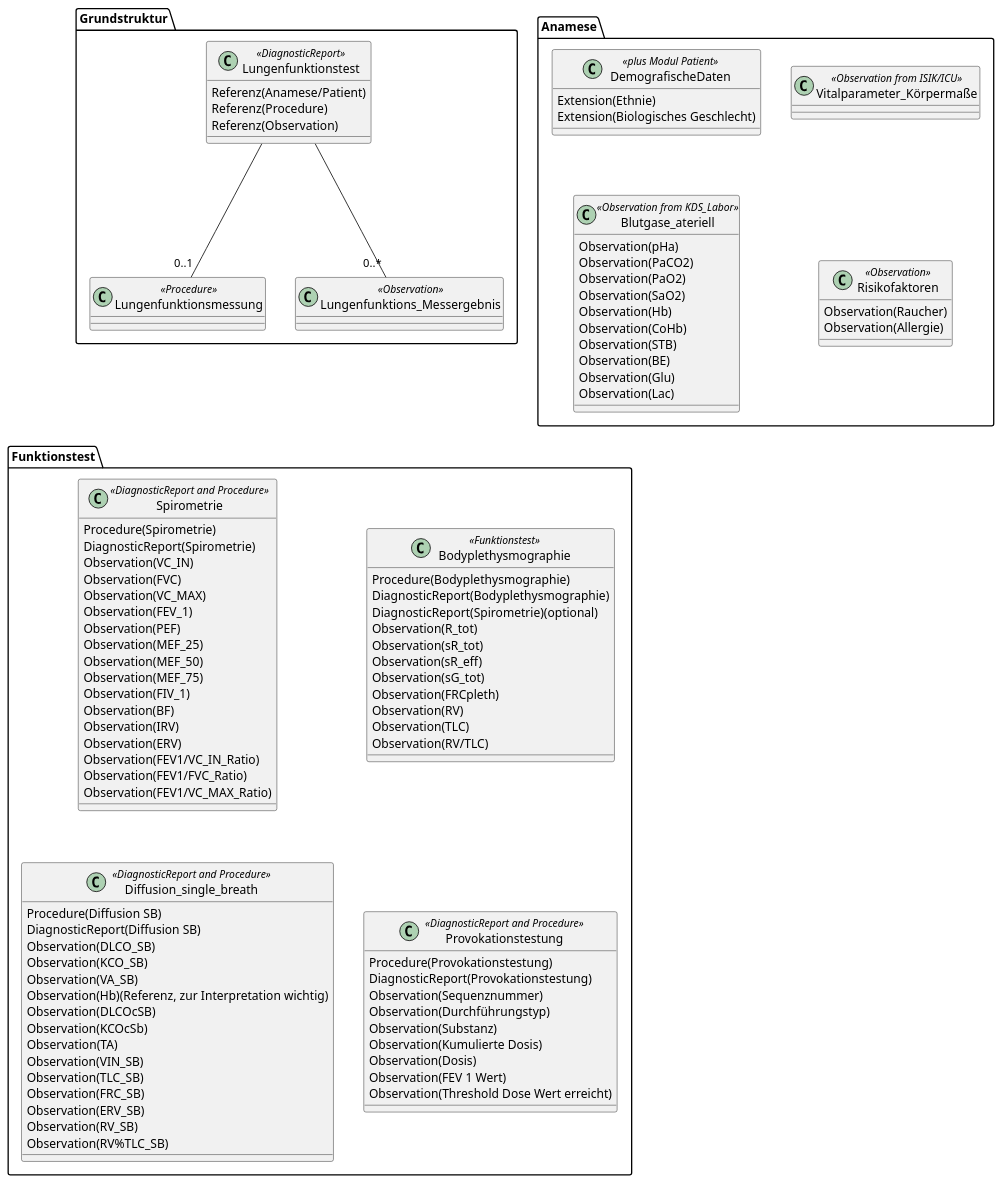
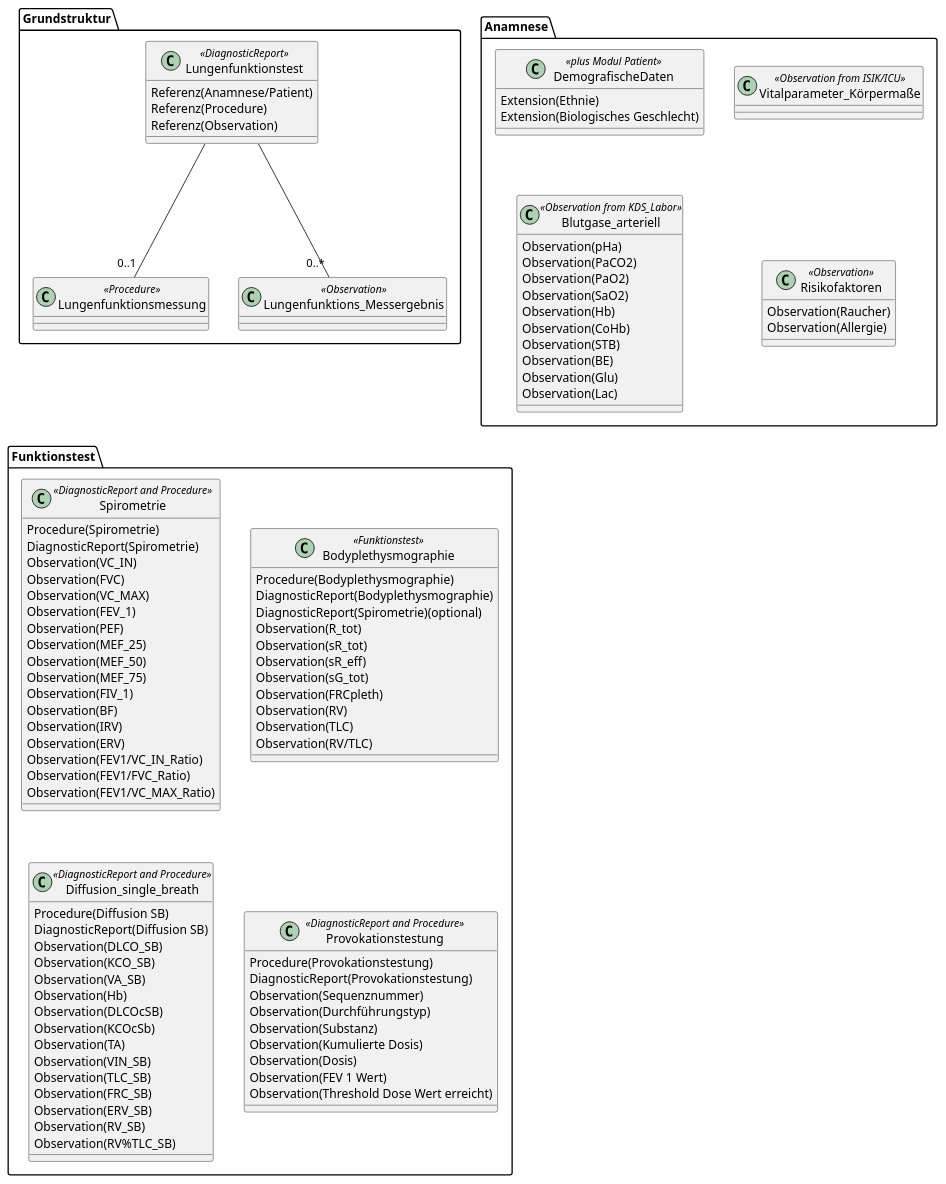
Before and after one commit to medizininformatik-initiative/kerndatensatz-lungenfunktion: the diagram in UML/UML_Lungenfunktion.plantuml, drawn with PlantUML. The commit also changed 1 other file, not shown here.

```diff
--- a/UML/UML_Lungenfunktion.plantuml
+++ b/UML/UML_Lungenfunktion.plantuml
@@ -1,107 +1,107 @@
 @startuml
 package "Grundstruktur"{
     class Lungenfunktionstest <<DiagnosticReport>>{
-        {field} Referenz(Anamese/Patient)
+        {field} Referenz(Anamnese/Patient)
         {field} Referenz(Procedure)
         {field} Referenz(Observation)
     }
     class Lungenfunktionsmessung <<Procedure>>
     class Lungenfunktions_Messergebnis <<Observation>>
 }
 package "Funktionstest" {
     class Bodyplethysmographie <<Funktionstest>>{
         {field} Procedure(Bodyplethysmographie)
         {field} DiagnosticReport(Bodyplethysmographie)
         {field} DiagnosticReport(Spirometrie)(optional)
         {field} Observation(R_tot)
         {field} Observation(sR_tot)
         {field} Observation(sR_eff)
         {field} Observation(sG_tot)
         {field} Observation(FRCpleth)
         {field} Observation(RV)
         {field} Observation(TLC)
         {field} Observation(RV/TLC)
     }
     class Spirometrie <<DiagnosticReport and Procedure>>{
         {field} Procedure(Spirometrie)
         {field} DiagnosticReport(Spirometrie)
         {field} Observation(VC_IN)
         {field} Observation(FVC)
         {field} Observation(VC_MAX)
         {field} Observation(FEV_1)
         {field} Observation(PEF)
         {field} Observation(MEF_25)
         {field} Observation(MEF_50)
         {field} Observation(MEF_75)
         {field} Observation(FIV_1)
         {field} Observation(BF)
         {field} Observation(IRV)
         {field} Observation(ERV)
         {field} Observation(FEV1/VC_IN_Ratio)
         {field} Observation(FEV1/FVC_Ratio)
         {field} Observation(FEV1/VC_MAX_Ratio)
     }
     class Diffusion_single_breath <<DiagnosticReport and Procedure>> {
         {field} Procedure(Diffusion SB)
         {field} DiagnosticReport(Diffusion SB)
         {field} Observation(DLCO_SB)
         {field} Observation(KCO_SB)
         {field} Observation(VA_SB)
-        {field} Observation(Hb)(Referenz, zur Interpretation wichtig)
+        {field} Observation(Hb)
         {field} Observation(DLCOcSB)
         {field} Observation(KCOcSb)
         {field} Observation(TA)
         {field} Observation(VIN_SB)
         {field} Observation(TLC_SB)
         {field} Observation(FRC_SB)
         {field} Observation(ERV_SB)
         {field} Observation(RV_SB)
         {field} Observation(RV%TLC_SB)
     }
     class Provokationstestung <<DiagnosticReport and Procedure>> {
         {field} Procedure(Provokationstestung)
         {field} DiagnosticReport(Provokationstestung)
         {field} Observation(Sequenznummer)
         {field} Observation(Durchführungstyp)
         {field} Observation(Substanz)
         {field} Observation(Kumulierte Dosis)
         {field} Observation(Dosis)
         {field} Observation(FEV 1 Wert)
         {field} Observation(Threshold Dose Wert erreicht)
     }
 }
 
-package "Anamese"{
+package "Anamnese"{
     class Vitalparameter_Körpermaße <<Observation from ISIK/ICU>>
 
     class DemografischeDaten <<plus Modul Patient>> {
         {field} Extension(Ethnie)
         {field} Extension(Biologisches Geschlecht)
     }
 
     class Risikofaktoren <<Observation>> {
         {field} Observation(Raucher)
         {field} Observation(Allergie)
     }
-    class Blutgase_ateriell <<Observation from KDS_Labor>> {
+    class Blutgase_arteriell <<Observation from KDS_Labor>> {
         {field} Observation(pHa)
         {field} Observation(PaCO2)
         {field} Observation(PaO2)
         {field} Observation(SaO2)
         {field} Observation(Hb)
         {field} Observation(CoHb)
         {field} Observation(STB)
         {field} Observation(BE)
         {field} Observation(Glu)
         {field} Observation(Lac)
     }
 }
 
 Lungenfunktionstest -- "0..1" Lungenfunktionsmessung
 Lungenfunktionstest -- "0..*" Lungenfunktions_Messergebnis
 Vitalparameter_Körpermaße -[hidden]d- Risikofaktoren
-DemografischeDaten -[hidden]d- Blutgase_ateriell
+DemografischeDaten -[hidden]d- Blutgase_arteriell
 Spirometrie -[hidden]d- Diffusion_single_breath
 Bodyplethysmographie -[hidden]d- Provokationstestung
 Lungenfunktionsmessung -[hidden]d- Spirometrie
 @enduml
```
